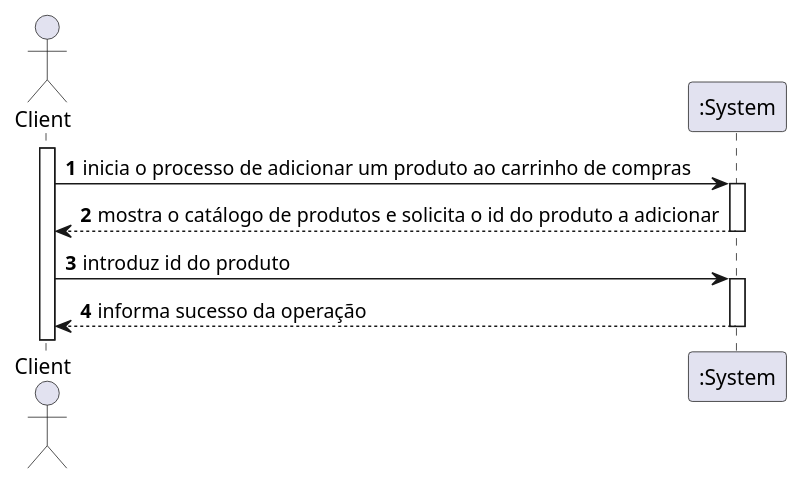
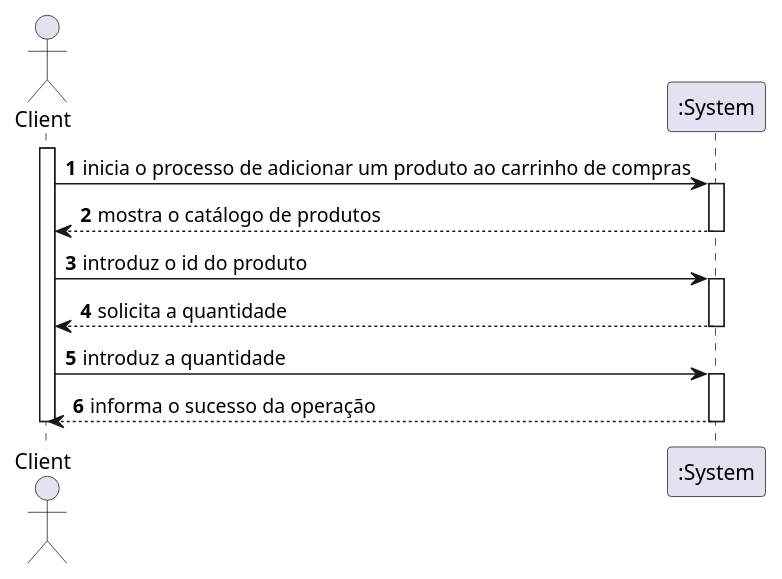
The diagram in docs/1201518/US1501/SSD_AddProductShoppingCart.puml (ana-albergaria/LAPR4-ISEP), drawn with PlantUML before and after one commit. The commit also changed 10 other files, not shown here.

```diff
--- a/docs/1201518/US1501/SSD_AddProductShoppingCart.puml
+++ b/docs/1201518/US1501/SSD_AddProductShoppingCart.puml
@@ -1,20 +1,24 @@
 @startuml
 
 autonumber
 actor "Client" as C
 
 activate C
 C -> ":System" : inicia o processo de adicionar um produto ao carrinho de compras
 activate ":System"
-":System" --> C : mostra o catálogo de produtos e solicita o id do produto a adicionar
+
+":System" --> C : mostra o catálogo de produtos
 deactivate ":System"
-C -> ":System" : introduz id do produto
+C -> ":System" : introduz o id do produto
 activate ":System"
-":System" --> C : informa sucesso da operação
+":System" --> C : solicita a quantidade
 deactivate ":System"
-
-
+C -> ":System" : introduz a quantidade
+activate ":System"
+":System" --> C : informa o sucesso da operação
+deactivate ":System"
+deactivate C
 
 
 
 @enduml
```
